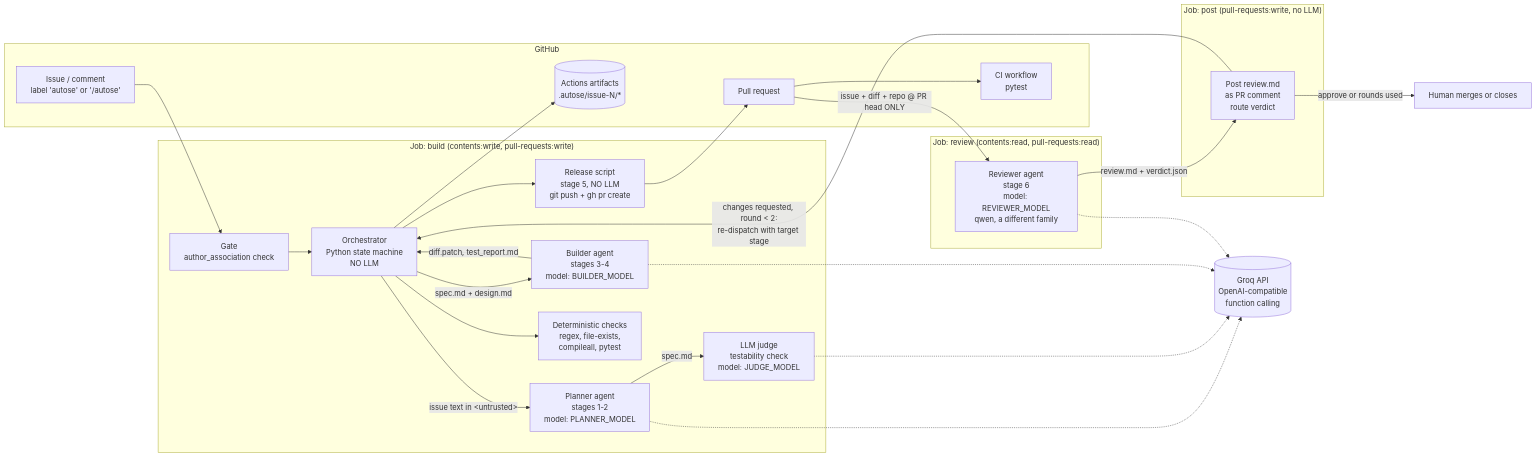
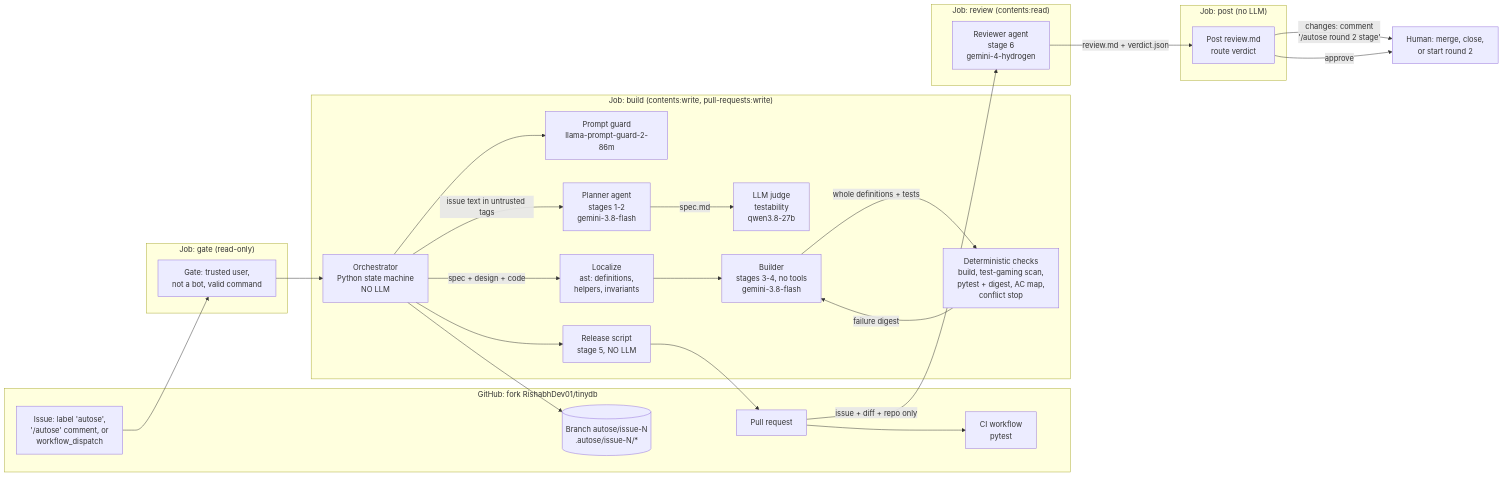
Before and after one commit to RishabhDev01/autose-a3: the diagram in architecture/views/component-view.md, drawn with Mermaid. The commit also changed other lines of this file and 10 other files, not shown here.

````diff
--- a/architecture/views/component-view.md
+++ b/architecture/views/component-view.md
@@ -10,44 +10,46 @@
 ```mermaid
 flowchart LR
-  subgraph GH[GitHub]
-    ISSUE[Issue / comment<br/>label 'autose' or '/autose']
+  subgraph GH[GitHub: fork RishabhDev01/tinydb]
+    ISSUE[Issue: label 'autose',<br/>'/autose' comment, or<br/>workflow_dispatch]
     PR[Pull request]
     CI[CI workflow<br/>pytest]
-    ART[(Actions artifacts<br/>.autose/issue-N/*)]
+    BR[(Branch autose/issue-N<br/>.autose/issue-N/*)]
   end
 
-  subgraph JOB1["Job: build  (contents:write, pull-requests:write)"]
-    GATE[Gate<br/>author_association check]
-    ORCH[Orchestrator<br/>Python state machine<br/>NO LLM]
-    PLAN[Planner agent<br/>stages 1-2<br/>model: PLANNER_MODEL]
-    JUDGE[LLM judge<br/>testability check<br/>model: JUDGE_MODEL]
-    BUILD[Builder agent<br/>stages 3-4<br/>model: BUILDER_MODEL]
-    REL[Release script<br/>stage 5, NO LLM<br/>git push + gh pr create]
-    CHK[Deterministic checks<br/>regex, file-exists,<br/>compileall, pytest]
+  subgraph JOB0["Job: gate (read-only)"]
+    GATE[Gate: trusted user,<br/>not a bot, valid command]
   end
 
-  subgraph JOB2["Job: review  (contents:read, pull-requests:read)"]
-    REV[Reviewer agent<br/>stage 6<br/>model: REVIEWER_MODEL<br/>qwen, a different family]
+  subgraph JOB1["Job: build (contents:write, pull-requests:write)"]
+    ORCH[Orchestrator<br/>Python state machine<br/>NO LLM]
+    PG[Prompt guard<br/>llama-prompt-guard-2-86m]
+    PLAN[Planner agent<br/>stages 1-2<br/>gemini-3.8-flash]
+    JUDGE[LLM judge<br/>testability<br/>qwen3.8-27b]
+    LOC[Localize<br/>ast: definitions,<br/>helpers, invariants]
+    BUILD[Builder<br/>stages 3-4, no tools<br/>gemini-3.8-flash]
+    CHK[Deterministic checks<br/>build, test-gaming scan,<br/>pytest + digest, AC map,<br/>conflict stop]
+    REL[Release script<br/>stage 5, NO LLM]
   end
 
-  subgraph JOB3["Job: post  (pull-requests:write, no LLM)"]
-    POST[Post review.md<br/>as PR comment<br/>route verdict]
+  subgraph JOB2["Job: review (contents:read)"]
+    REV[Reviewer agent<br/>stage 6<br/>gemini-4-hydrogen]
   end
 
-  GROQ[(Groq API<br/>OpenAI-compatible<br/>function calling)]
+  subgraph JOB3["Job: post (no LLM)"]
+    POST[Post review.md<br/>route verdict]
+  end
 
   ISSUE --> GATE --> ORCH
-  ORCH -->|issue text in &lt;untrusted&gt;| PLAN
+  ORCH --> PG
+  ORCH -->|issue text in untrusted tags| PLAN
   PLAN -->|spec.md| JUDGE
-  ORCH --> CHK
-  ORCH -->|spec.md + design.md| BUILD
-  BUILD -->|diff.patch, test_report.md| ORCH
+  ORCH -->|spec + design + code| LOC --> BUILD
+  BUILD -->|whole definitions + tests| CHK
+  CHK -->|failure digest| BUILD
   ORCH --> REL --> PR --> CI
-  ORCH --> ART
-  PR -->|issue + diff + repo @ PR head ONLY| REV
+  ORCH --> BR
+  PR -->|issue + diff + repo only| REV
   REV -->|review.md + verdict.json| POST
-  POST -->|changes requested, round < 2:<br/>re-dispatch with target stage| ORCH
-  POST -->|approve or rounds used| HUMAN[Human merges or closes]
-
-  PLAN & JUDGE & BUILD & REV -.-> GROQ
+  POST -->|changes: comment<br/>'/autose round 2 stage'| HUMAN[Human: merge, close,<br/>or start round 2]
+  POST -->|approve| HUMAN
 ```
````
